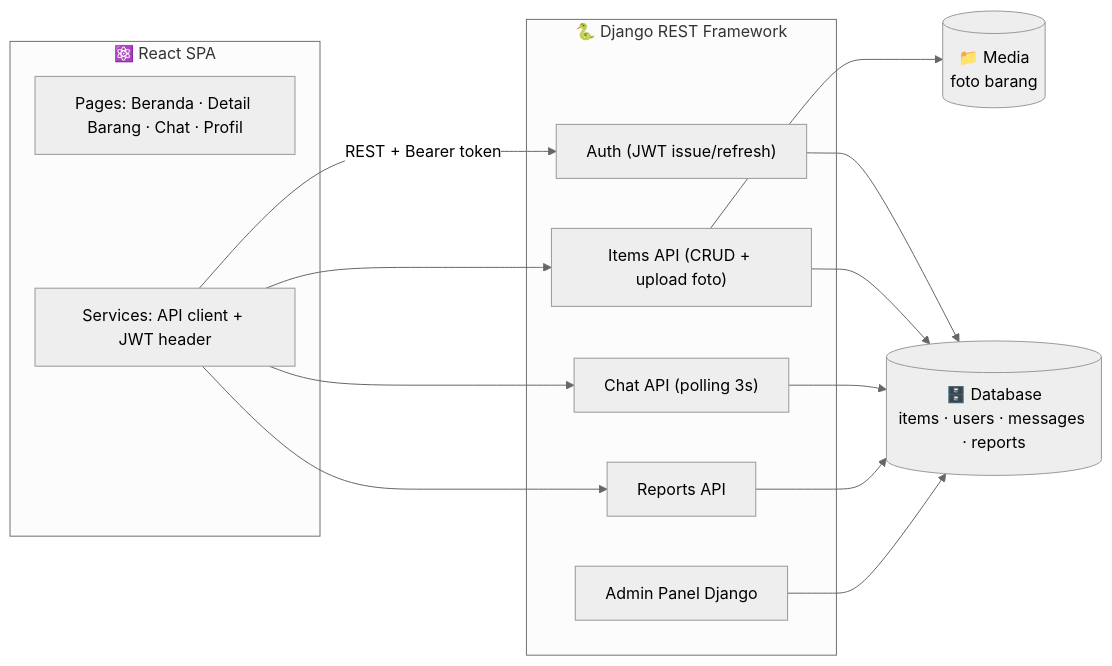
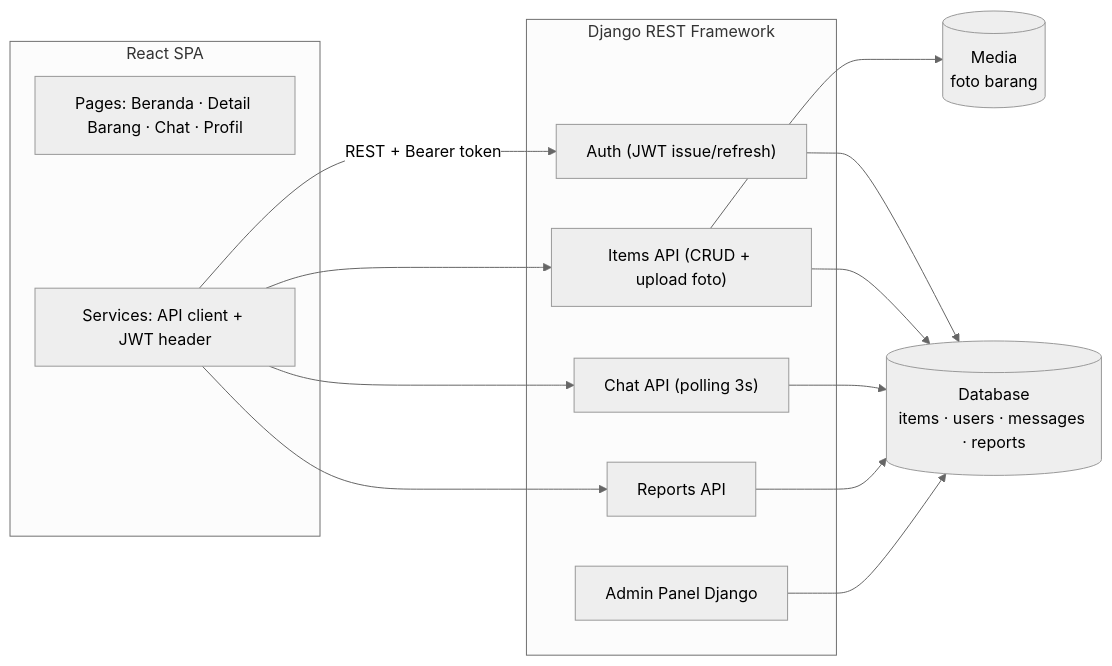
Before and after one commit to kandarlubis31/tukartukar-showcase: the diagram in README.md, drawn with Mermaid (neutral theme). The commit also changed other lines of this file, not shown here.

````diff
--- a/README.md
+++ b/README.md
@@ -51,21 +51,21 @@
 ```mermaid
 flowchart LR
-    subgraph FE["⚛️ React SPA"]
+    subgraph FE[" React SPA"]
         P["Pages: Beranda · Detail Barang · Chat · Profil"]
         S["Services: API client + JWT header"]
     end
-    subgraph BE["🐍 Django REST Framework"]
+    subgraph BE[" Django REST Framework"]
         A["Auth (JWT issue/refresh)"]
         I["Items API (CRUD + upload foto)"]
         C["Chat API (polling 3s)"]
         R["Reports API"]
         ADM["Admin Panel Django"]
     end
-    DB[("🗄️ Database<br/>items · users · messages · reports")]
-    MED[("📁 Media<br/>foto barang")]
+    DB[(" Database<br/>items · users · messages · reports")]
+    MED[(" Media<br/>foto barang")]
     S -->|"REST + Bearer token"| A
     S --> I & C & R
     A & I & C & R --> DB
     I --> MED
     ADM --> DB
 ```
````
